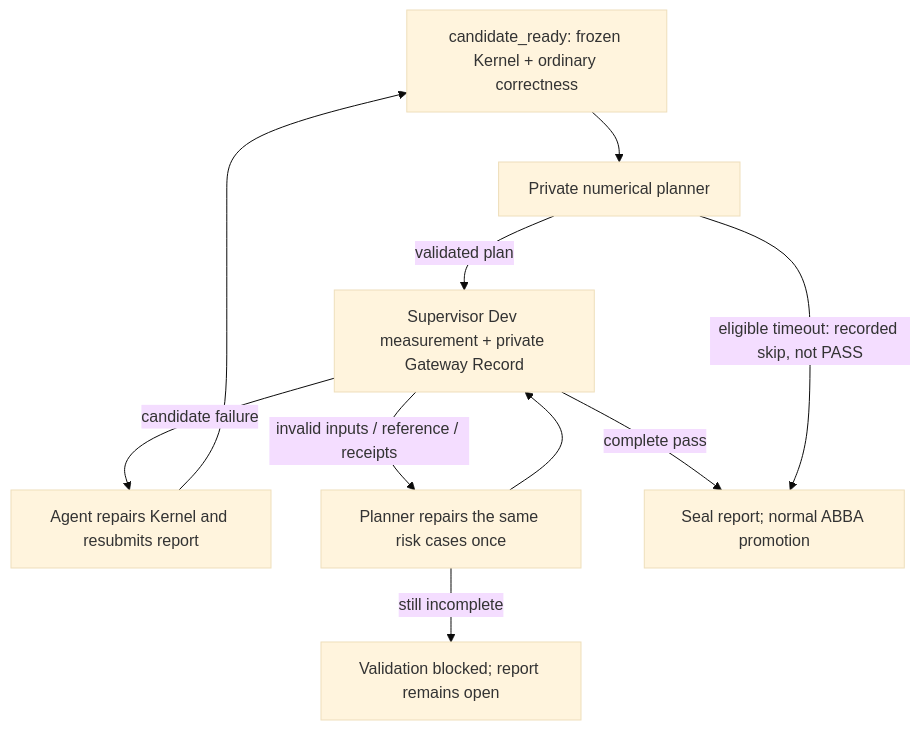
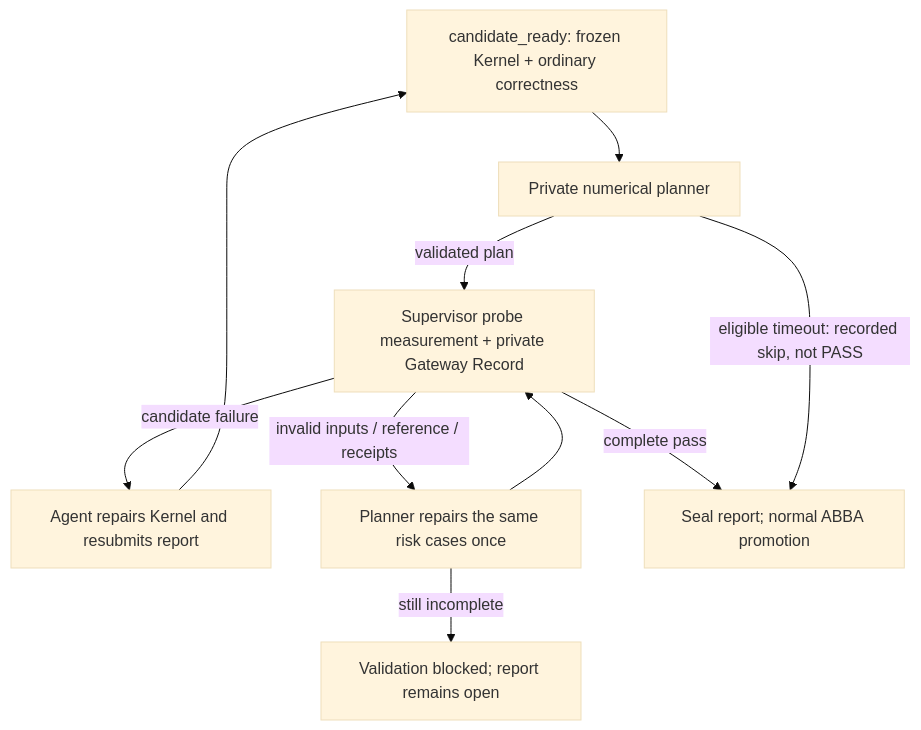
Before and after one commit to alibaba/atrex-kernel-agent: the diagram in docs/numerical-validation.md, drawn with Mermaid (base theme). The commit also changed other lines of this file and 24 other files, not shown here.

````diff
--- a/docs/numerical-validation.md
+++ b/docs/numerical-validation.md
@@ -5,12 +5,12 @@
 ```mermaid
 flowchart TD
     R["candidate_ready: frozen Kernel + ordinary correctness"] --> P["Private numerical planner"]
-    P -->|"validated plan"| G["Supervisor Dev measurement + private Gateway Record"]
+    P -->|"validated plan"| G["Supervisor probe measurement + private Gateway Record"]
     G -->|"candidate failure"| A["Agent repairs Kernel and resubmits report"]
     A --> R
     G -->|"invalid inputs / reference / receipts"| F["Planner repairs the same risk cases once"]
     F --> G
     G -->|"complete pass"| S["Seal report; normal ABBA promotion"]
     P -->|"eligible timeout: recorded skip, not PASS"| S
     F -->|"still incomplete"| B["Validation blocked; report remains open"]
 ```
````
